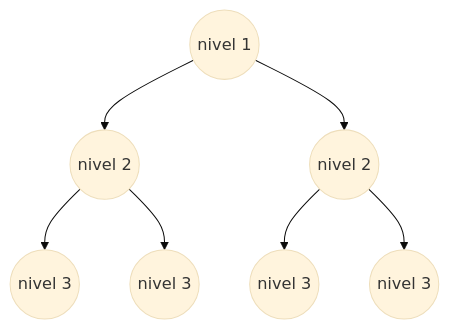
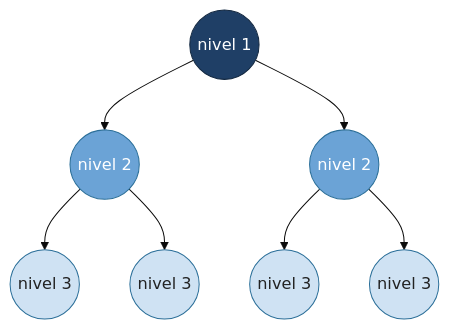
Before and after one commit to asiermarzo/ssoo: the third of 3 diagrams in PRACTICA/02-procesos-e-hilos/README.md, drawn with Mermaid (base theme). The commit also changed other lines of this file and 25 other files, not shown here.

Commit message:
refinado de diagramas mermaid y svg

````diff
--- a/PRACTICA/02-procesos-e-hilos/README.md
+++ b/PRACTICA/02-procesos-e-hilos/README.md
@@ -177,9 +199,17 @@
    ```mermaid
    flowchart TD
        N1((nivel 1)) --> N2a((nivel 2))
        N1 --> N2b((nivel 2))
        N2a --> N3a((nivel 3))
        N2a --> N3b((nivel 3))
        N2b --> N3c((nivel 3))
        N2b --> N3d((nivel 3))
+
+       classDef nivel1 fill:#1f3f66,stroke:#132840,color:#ffffff;
+       classDef nivel2 fill:#6ba3d6,stroke:#2b6f99,color:#ffffff;
+       classDef nivel3 fill:#cfe2f3,stroke:#2b6f99,color:#222;
+
+       class N1 nivel1;
+       class N2a,N2b nivel2;
+       class N3a,N3b,N3c,N3d nivel3;
    ```
````
